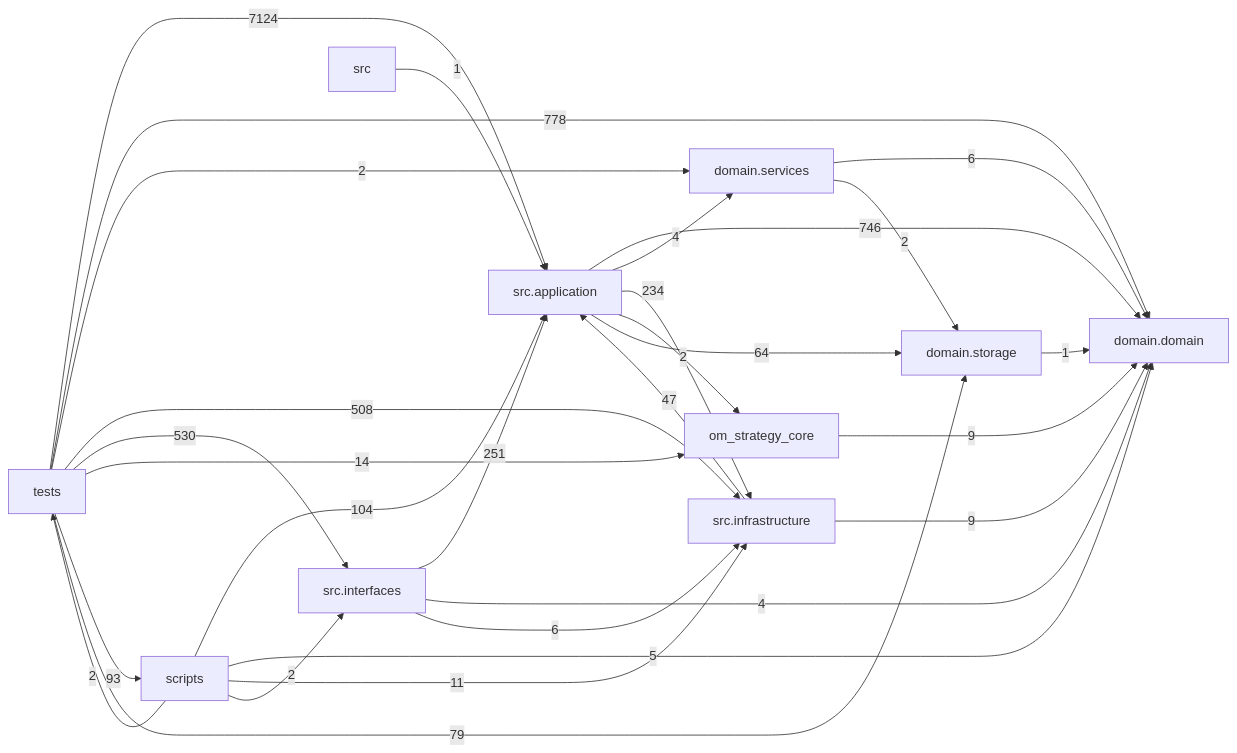
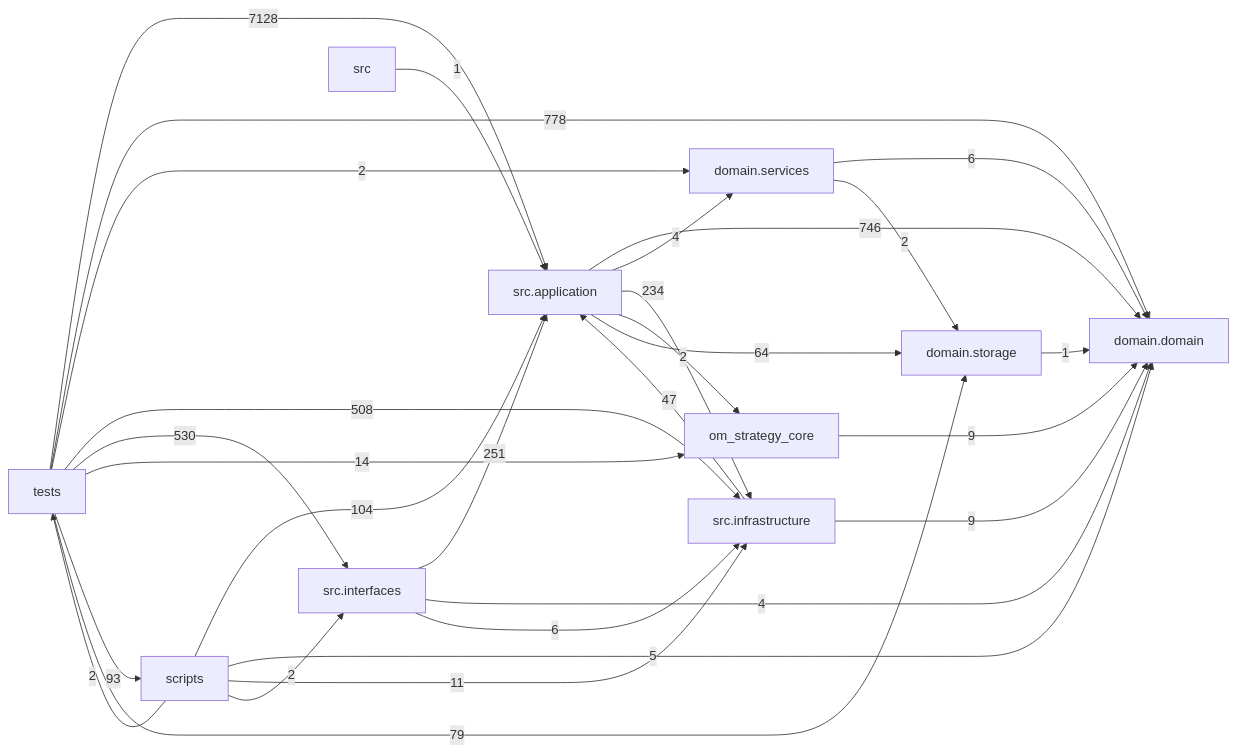
The diagram in docs/DEPENDENCY_GRAPH.md (liuxie066/options-monitor), drawn with Mermaid before and after one commit. The commit also changed other lines of this file and 5 other files, not shown here.

````diff
--- a/docs/DEPENDENCY_GRAPH.md
+++ b/docs/DEPENDENCY_GRAPH.md
@@ -24,39 +24,39 @@
 ```mermaid
 flowchart LR
   tests["tests"]
   scripts["scripts"]
   interfaces["src.interfaces"]
   application["src.application"]
   infrastructure["src.infrastructure"]
   domain_services["domain.services"]
   domain["domain.domain"]
   storage["domain.storage"]
   application -->|746| domain
   application -->|4| domain_services
   application -->|234| infrastructure
   application -->|2| om_strategy_core
   application -->|64| storage
   domain_services -->|6| domain
   domain_services -->|2| storage
   infrastructure -->|47| application
   infrastructure -->|9| domain
   interfaces -->|251| application
   interfaces -->|4| domain
   interfaces -->|6| infrastructure
   om_strategy_core -->|9| domain
   scripts -->|104| application
   scripts -->|5| domain
   scripts -->|11| infrastructure
   scripts -->|2| interfaces
   scripts -->|2| tests
   src -->|1| application
   storage -->|1| domain
-  tests -->|7124| application
+  tests -->|7128| application
   tests -->|778| domain
   tests -->|2| domain_services
   tests -->|508| infrastructure
   tests -->|530| interfaces
   tests -->|14| om_strategy_core
   tests -->|93| scripts
   tests -->|79| storage
 ```
````
